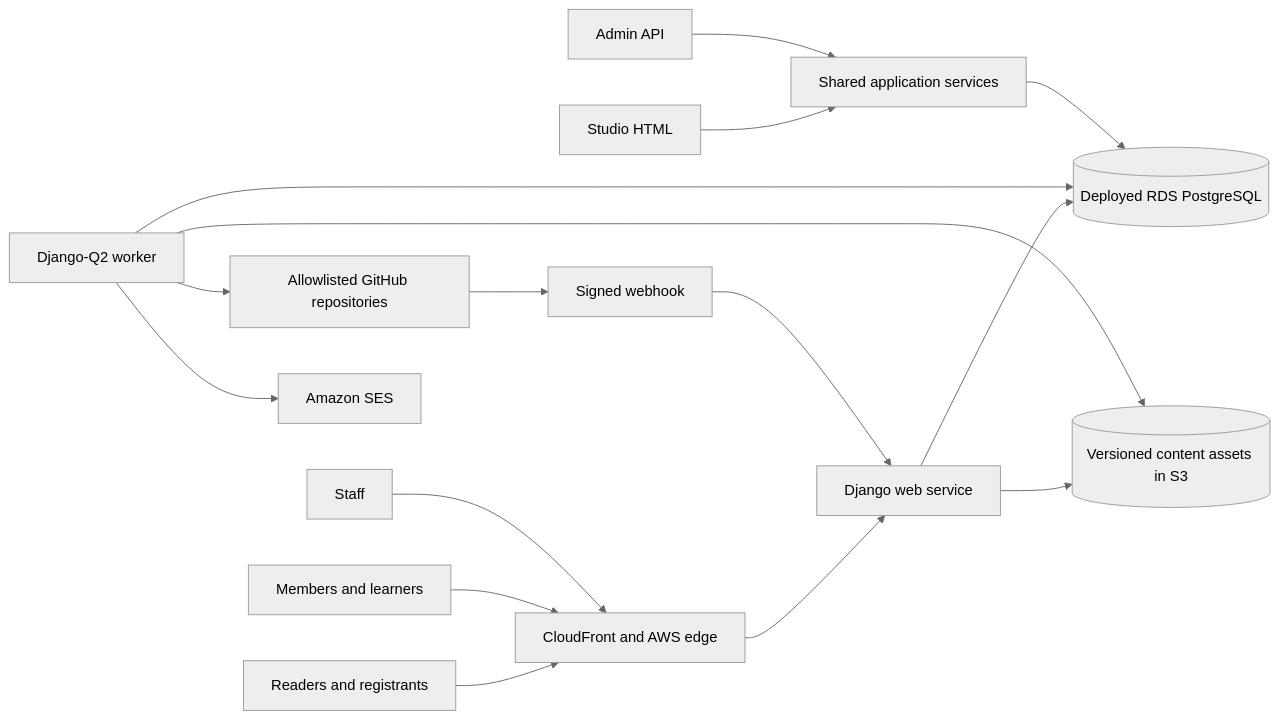
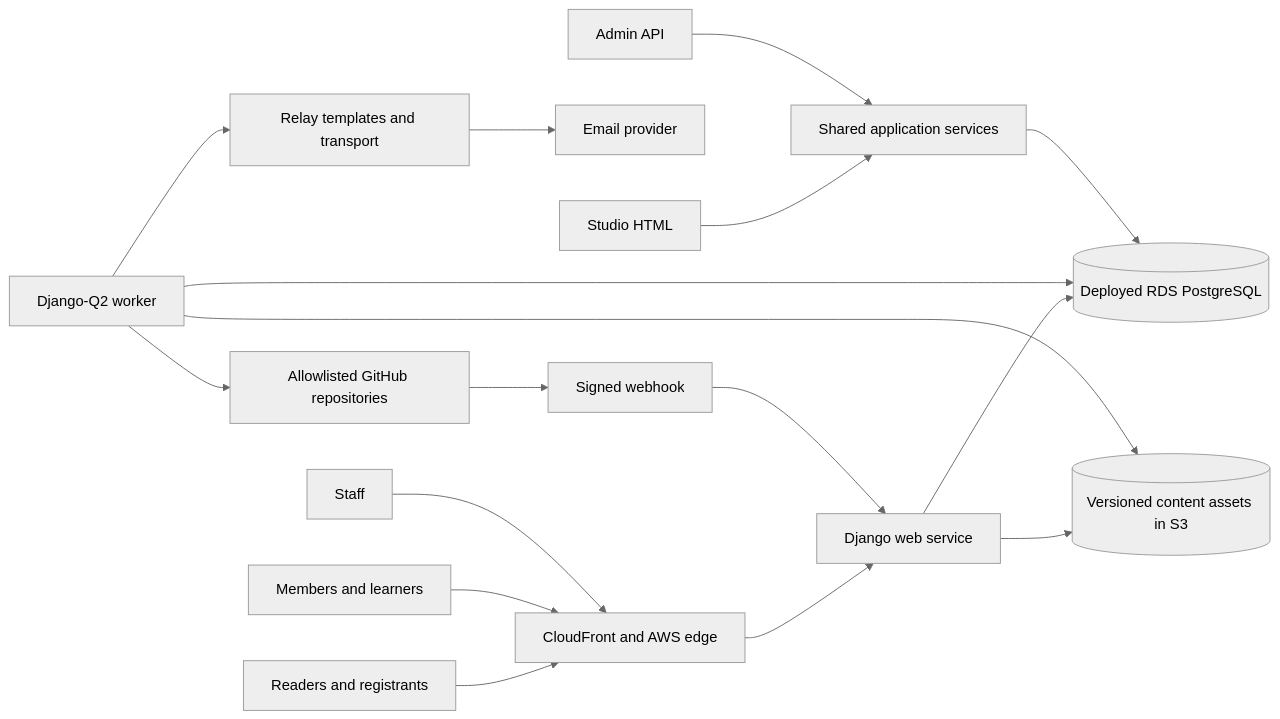
The diagram in _docs/specs/README.md (DataTalksClub/website), drawn with Mermaid (neutral theme) before and after one commit. The commit also changed other lines of this file and 12 other files, not shown here.

First line of the commit message:
Align email specifications with Relay ownership

````diff
--- a/_docs/specs/README.md
+++ b/_docs/specs/README.md
@@ -64,18 +75,19 @@
 ```mermaid
 flowchart LR
     Readers[Readers and registrants] --> Edge[CloudFront and AWS edge]
     Members[Members and learners] --> Edge
     Staff[Staff] --> Edge
     Edge --> Web[Django web service]
     Web --> DB[(Deployed RDS PostgreSQL)]
     Web --> Assets[(Versioned content assets in S3)]
     Worker[Django-Q2 worker] --> DB
     Worker --> Assets
-    Worker --> SES[Amazon SES]
+    Worker --> Relay[Relay templates and transport]
+    Relay --> Provider[Email provider]
     GitHub[Allowlisted GitHub repositories] --> Hook[Signed webhook]
     Hook --> Web
     Worker --> GitHub
     Studio[Studio HTML] --> Services[Shared application services]
     API[Admin API] --> Services
     Services --> DB
 ```
````
